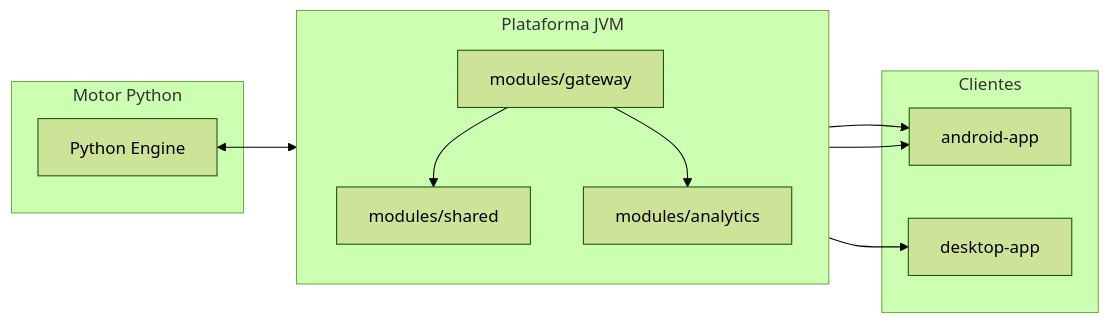
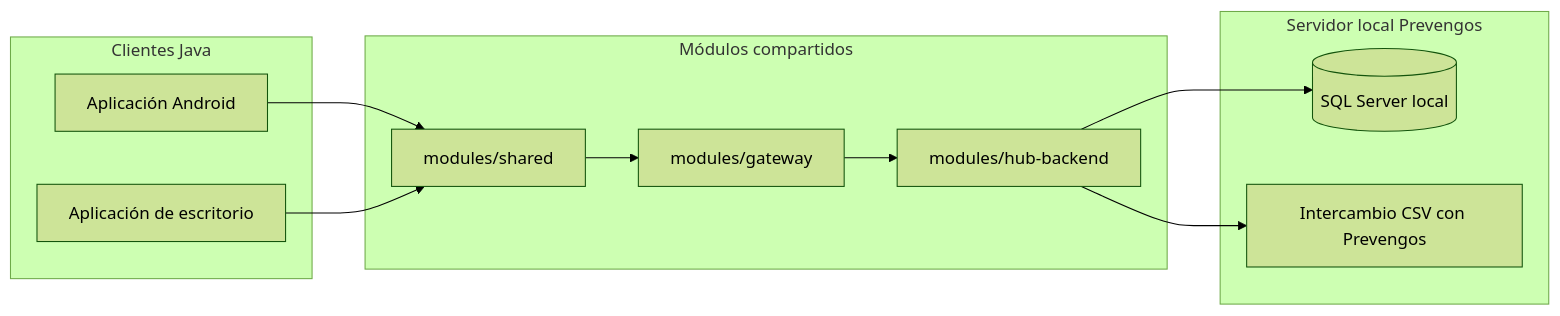
One commit to EloyM96/prevengos-plug-java changed the diagram in README.md. Above: the diagram before and after it, drawn with Mermaid (forest theme). The commit also changed other lines of this file and 74 other files, not shown here.

Commit message:
Refactor Android app to Java and document local scope

````diff
--- a/README.md
+++ b/README.md
@@ -16,25 +15,25 @@
 ```mermaid
 flowchart LR
-    subgraph "Motor Python"
-        PE[Python Engine]
+    subgraph "Servidor local Prevengos"
+        DB[(SQL Server local)]
+        CSV[Intercambio CSV con Prevengos]
     end
 
-    subgraph "Plataforma JVM"
-        direction TB
-        SH[modules/shared]
-        AN[modules/analytics]
-        GW[modules/gateway]
+    subgraph "Clientes Java"
+        ANDROID[Aplicación Android]
+        DESKTOP[Aplicación de escritorio]
     end
 
-    subgraph "Clientes"
-        ANDROID[android-app]
-        DESKTOP[desktop-app]
+    subgraph "Módulos compartidos"
+        SH[modules/shared]
+        GW[modules/gateway]
+        HUB[modules/hub-backend]
     end
 
-    PE <--> GW
-    GW --> SH
-    GW --> AN
-    SH --> ANDROID
-    SH --> DESKTOP
-    AN --> ANDROID
+    ANDROID --> SH
+    DESKTOP --> SH
+    SH --> GW
+    GW --> HUB
+    HUB --> DB
+    HUB --> CSV
 ```
````
